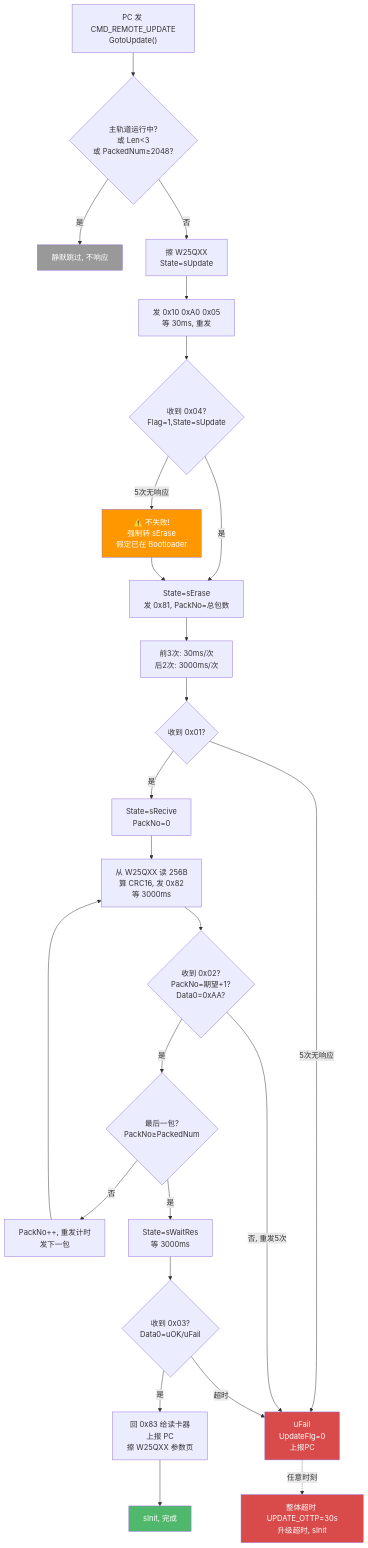
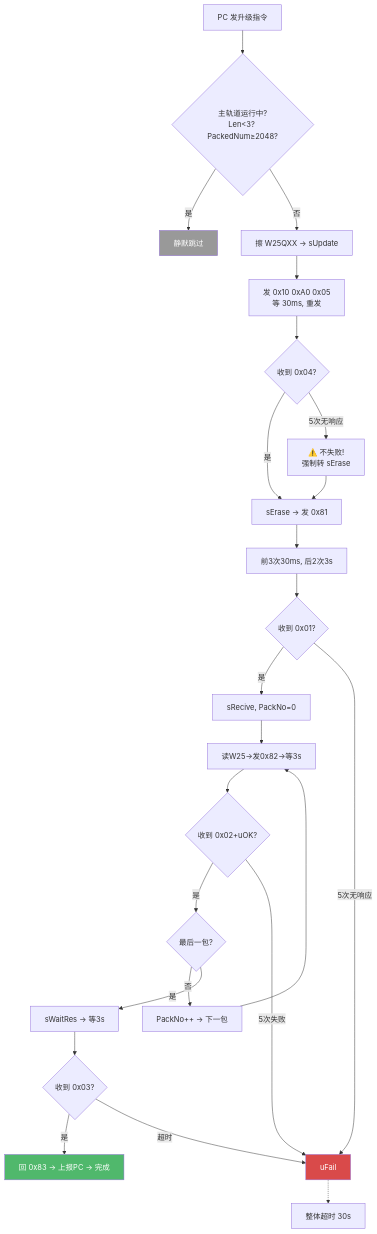
Before and after one commit to Siaiai/ObsidianNote: diagram 15 of 16 in 工作/SR3读卡器/260802SR3读卡器需求.md, drawn with Mermaid. The commit also changed other lines of this file and 3 other files, not shown here.

````diff
--- a/工作/SR3读卡器/260802SR3读卡器需求.md
+++ b/工作/SR3读卡器/260802SR3读卡器需求.md
@@ -965,38 +566,35 @@
 ```mermaid
 flowchart TD
-    Trig["PC 发 CMD_REMOTE_UPDATE<br/>GotoUpdate()"] --> G0{"主轨道运行中?<br/>或 Len<3<br/>或 PackedNum≥2048?"}
-    G0 -->|"是"| Skip["静默跳过, 不响应"]
-    G0 -->|"否"| EraseW["擦 W25QXX<br/>State=sUpdate"]
+    Trig["PC 发升级指令"] --> G0{"主轨道运行中?<br/>Len<3? PackedNum≥2048?"}
+    G0 -->|"是"| Skip["静默跳过"]
+    G0 -->|"否"| EraseW["擦 W25QXX → sUpdate"]
 
     EraseW --> SU["发 0x10 0xA0 0x05<br/>等 30ms, 重发"]
-    SU --> SUr{"收到 0x04?<br/>Flag=1,State=sUpdate"}
-    SUr -->|"是"| SE["State=sErase<br/>发 0x81, PackNo=总包数"]
-    SUr -->|"5次无响应"| SENf["⚠️ 不失败!<br/>强制转 sErase<br/>假定已在 Bootloader"]
+    SU --> SUr{"收到 0x04?"}
+    SUr -->|"是"| SE["sErase → 发 0x81"]
+    SUr -->|"5次无响应"| SENf["⚠️ 不失败!<br/>强制转 sErase"]
     SENf --> SE
 
-    SE --> SEw["前3次: 30ms/次<br/>后2次: 3000ms/次"]
+    SE --> SEw["前3次30ms, 后2次3s"]
     SEw --> SEr{"收到 0x01?"}
-    SEr -->|"是"| SR["State=sRecive<br/>PackNo=0"]
-    SEr -->|"5次无响应"| FAIL["uFail<br/>UpdateFlg=0<br/>上报PC"]
+    SEr -->|"是"| SR["sRecive, PackNo=0"]
+    SEr -->|"5次无响应"| FAIL["uFail"]
 
-    SR --> SRs["从 W25QXX 读 256B<br/>算 CRC16, 发 0x82<br/>等 3000ms"]
-    SRs --> SRr{"收到 0x02?<br/>PackNo=期望+1?<br/>Data0=0xAA?"}
-    SRr -->|"是"| SRn{"最后一包?<br/>PackNo≥PackedNum"}
-    SRn -->|"否"| SRnext["PackNo++, 重发计时<br/>发下一包"]
+    SR --> SRs["读W25→发0x82→等3s"]
+    SRs --> SRr{"收到 0x02+uOK?"}
+    SRr -->|"是"| SRn{"最后一包?"}
+    SRn -->|"否"| SRnext["PackNo++ → 下一包"]
     SRnext --> SRs
-    SRn -->|"是"| SW["State=sWaitRes<br/>等 3000ms"]
-    SRr -->|"否, 重发5次"| FAIL
+    SRn -->|"是"| SW["sWaitRes → 等3s"]
+    SRr -->|"5次失败"| FAIL
 
-    SW --> SWr{"收到 0x03?<br/>Data0=uOK/uFail"}
-    SWr -->|"是"| ACK["回 0x83 给读卡器<br/>上报 PC<br/>擦 W25QXX 参数页"]
+    SW --> SWr{"收到 0x03?"}
+    SWr -->|"是"| ACK["回 0x83 → 上报PC → 完成"]
     SWr -->|"超时"| FAIL
-    ACK --> DONE["sInit, 完成"]
 
-    FAIL -.->|"任意时刻"| OT["整体超时 UPDATE_OTTP=30s<br/>升级超时, sInit"]
+    FAIL -.-> OT["整体超时 30s"]
 
     style Skip fill:#999,color:#fff
     style FAIL fill:#D94A4A,color:#fff
-    style DONE fill:#50B86C,color:#fff
-    style SENf fill:#FF9800,color:#fff
-    style OT fill:#D94A4A,color:#fff
+    style ACK fill:#50B86C,color:#fff
 ```
````
